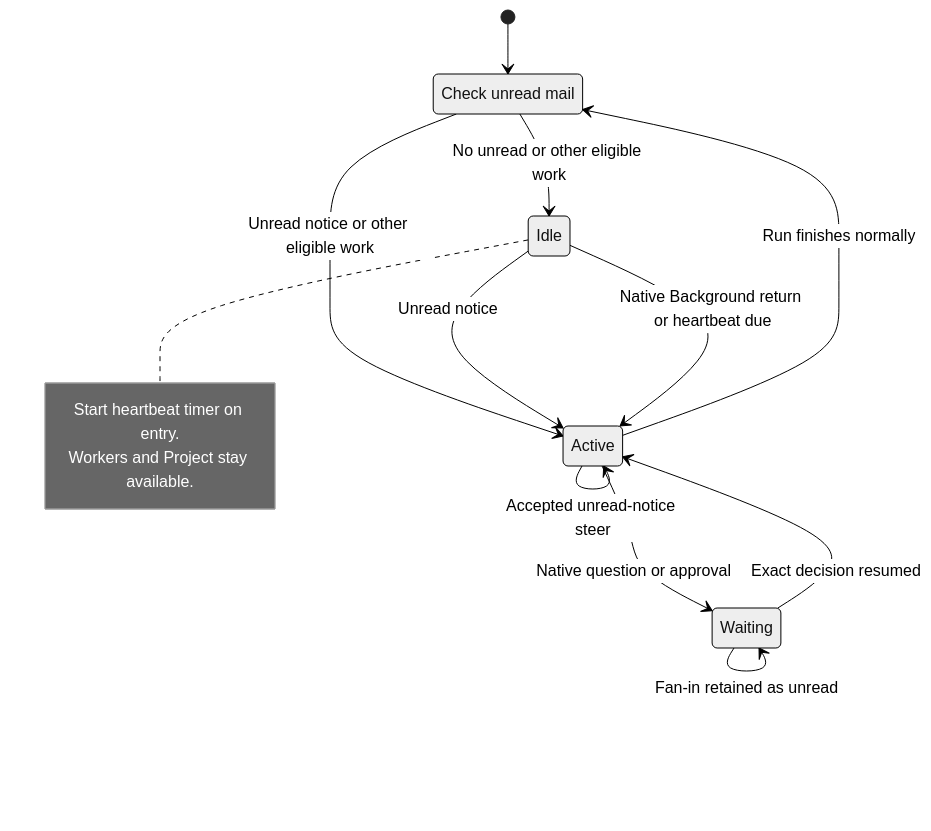
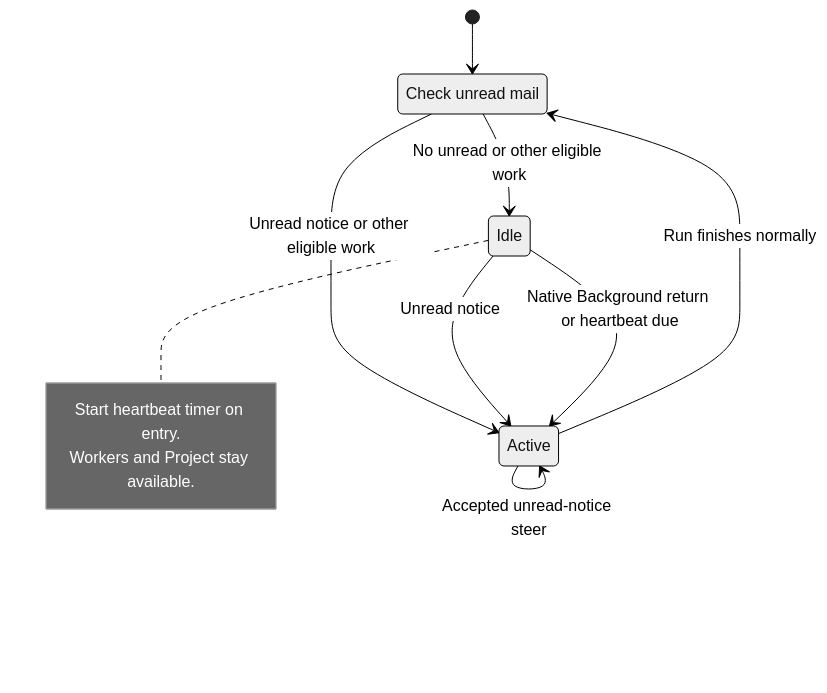
One commit to Wh1isper/a13n-claw changed the diagram in spec/02-main-thread.md. Above: the diagram before and after it, drawn with Mermaid (neutral theme). The commit also changed other lines of this file and 77 other files, not shown here.

````diff
--- a/spec/02-main-thread.md
+++ b/spec/02-main-thread.md
@@ -50,18 +50,15 @@
 ```mermaid
 stateDiagram-v2
     [*] --> CheckInbox
     state "Check unread mail" as CheckInbox
     CheckInbox --> Active: Unread notice or other eligible work
     CheckInbox --> Idle: No unread or other eligible work
     Active --> Active: Accepted unread-notice steer
-    Active --> Waiting: Native question or approval
-    Waiting --> Waiting: Fan-in retained as unread
-    Waiting --> Active: Exact decision resumed
     Active --> CheckInbox: Run finishes normally
     Idle --> Active: Unread notice
     Idle --> Active: Native Background return or heartbeat due
     note right of Idle
         Start heartbeat timer on entry.
         Workers and Project stay available.
     end note
 ```
````
